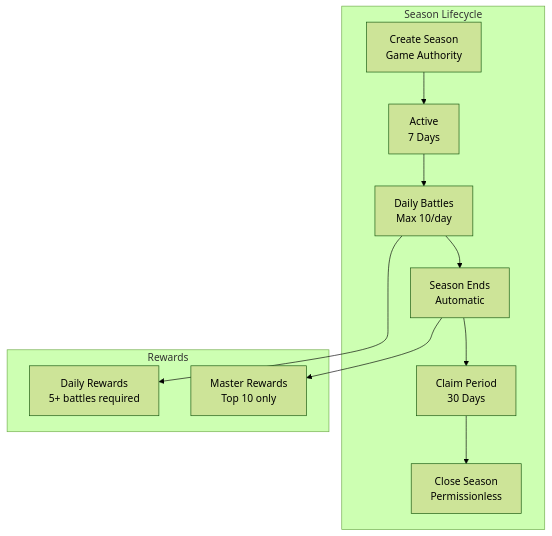
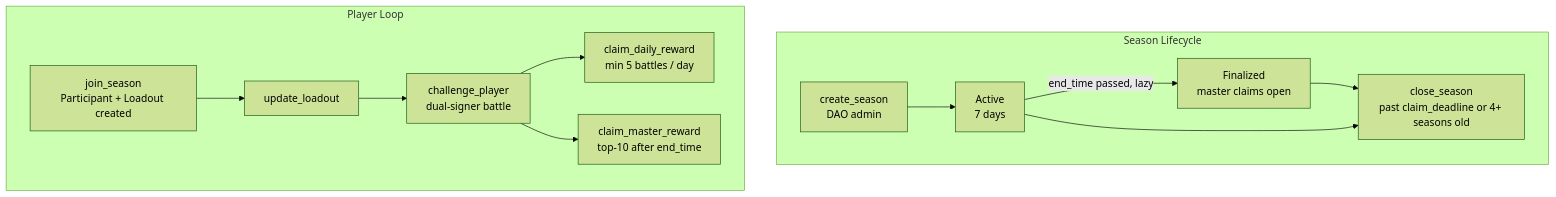
One commit to crypt0miester/novus-mundus changed the first of 5 diagrams in docs/onchain/04-systems/arena.md. Above: the diagram before and after it, drawn with Mermaid (forest theme). The commit also changed other lines of this file and 259 other files, not shown here.

Commit message:
Add player journey game plan: narrative arc, the Steward, estate redesign and Market unbundling

````diff
--- a/docs/onchain/04-systems/arena.md
+++ b/docs/onchain/04-systems/arena.md
@@ -9,15 +9,16 @@
 ```mermaid
 graph TB
     subgraph "Season Lifecycle"
-        CREATE[Create Season<br/>Game Authority] --> ACTIVE[Active<br/>7 Days]
-        ACTIVE --> BATTLES[Daily Battles<br/>Max 10/day]
-        BATTLES --> ENDED[Season Ends<br/>Automatic]
-        ENDED --> CLAIM[Claim Period<br/>30 Days]
-        CLAIM --> CLOSE[Close Season<br/>Permissionless]
+        CREATE[create_season<br/>DAO admin] --> ACTIVE[Active<br/>7 days]
+        ACTIVE -->|"end_time passed, lazy"| FINALIZED[Finalized<br/>master claims open]
+        FINALIZED --> CLOSE[close_season<br/>past claim_deadline or 4+ seasons old]
+        ACTIVE --> CLOSE
     end
 
-    subgraph "Rewards"
-        BATTLES --> DAILY[Daily Rewards<br/>5+ battles required]
-        ENDED --> MASTER[Master Rewards<br/>Top 10 only]
+    subgraph "Player Loop"
+        JOIN[join_season<br/>Participant + Loadout created] --> UPDATE[update_loadout]
+        UPDATE --> BATTLE["challenge_player<br/>dual-signer battle"]
+        BATTLE --> DAILY["claim_daily_reward<br/>min 5 battles / day"]
+        BATTLE --> MASTER["claim_master_reward<br/>top-10 after end_time"]
     end
 ```
````
